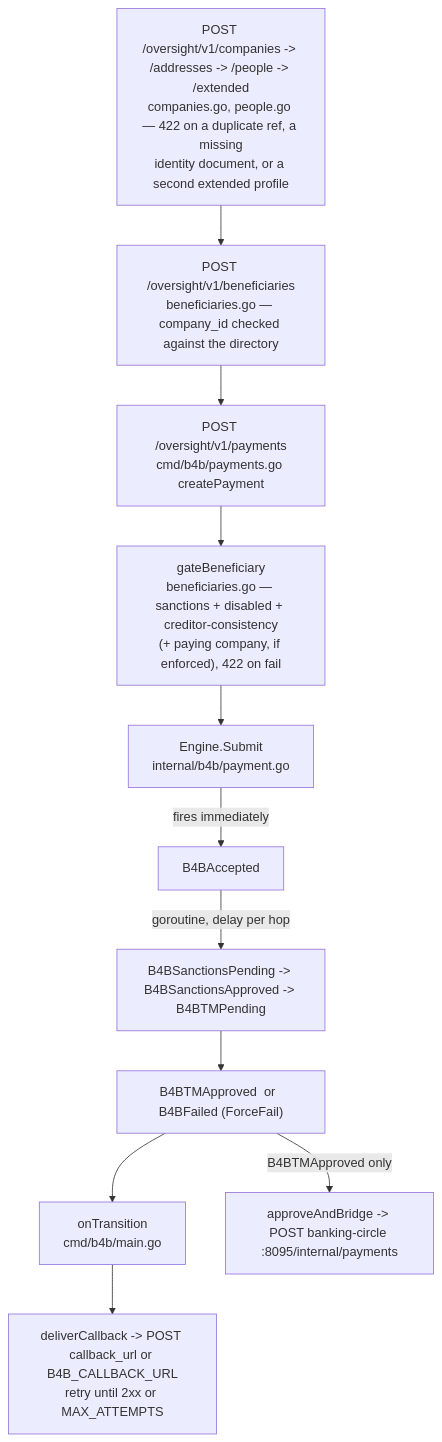
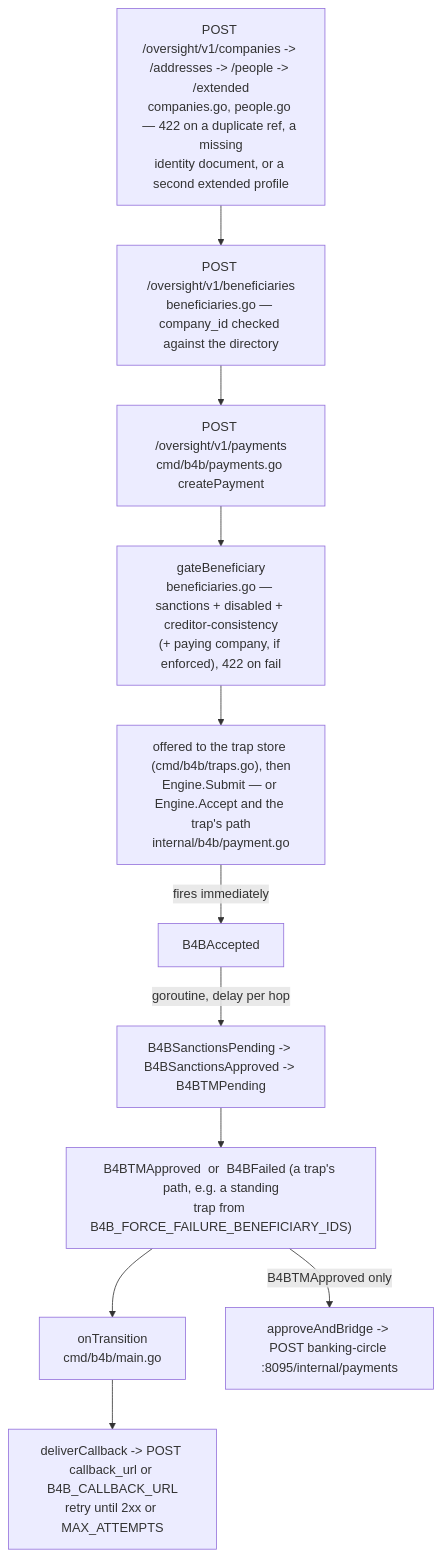
The first of 2 diagrams in docs/structure/b4b.md (dirk-infinitepay/fintechlab-simple), drawn with Mermaid before and after one commit. The commit also changed 57 other files, not shown here.

````diff
--- a/docs/structure/b4b.md
+++ b/docs/structure/b4b.md
@@ -70,13 +70,13 @@
 ```mermaid
 graph TD
     Z["POST /oversight/v1/companies -> /addresses -> /people -> /extended\ncompanies.go, people.go — 422 on a duplicate ref, a missing\nidentity document, or a second extended profile"] --> Y["POST /oversight/v1/beneficiaries\nbeneficiaries.go — company_id checked against the directory"]
     Y --> A
     A["POST /oversight/v1/payments\ncmd/b4b/payments.go createPayment"] --> B["gateBeneficiary\nbeneficiaries.go — sanctions + disabled + creditor-consistency\n(+ paying company, if enforced), 422 on fail"]
-    B --> C["Engine.Submit\ninternal/b4b/payment.go"]
+    B --> C["offered to the trap store (cmd/b4b/traps.go), then\nEngine.Submit — or Engine.Accept and the trap's path\ninternal/b4b/payment.go"]
     C -->|"fires immediately"| D["B4BAccepted"]
     D -->|"goroutine, delay per hop"| E["B4BSanctionsPending -> B4BSanctionsApproved -> B4BTMPending"]
-    E --> F["B4BTMApproved  or  B4BFailed (ForceFail)"]
+    E --> F["B4BTMApproved  or  B4BFailed (a trap's path, e.g. a standing\ntrap from B4B_FORCE_FAILURE_BENEFICIARY_IDS)"]
     F --> G["onTransition\ncmd/b4b/main.go"]
     G --> H["deliverCallback -> POST callback_url or B4B_CALLBACK_URL\nretry until 2xx or MAX_ATTEMPTS"]
     F -->|"B4BTMApproved only"| I["approveAndBridge -> POST banking-circle :8095/internal/payments"]
 ```
````
